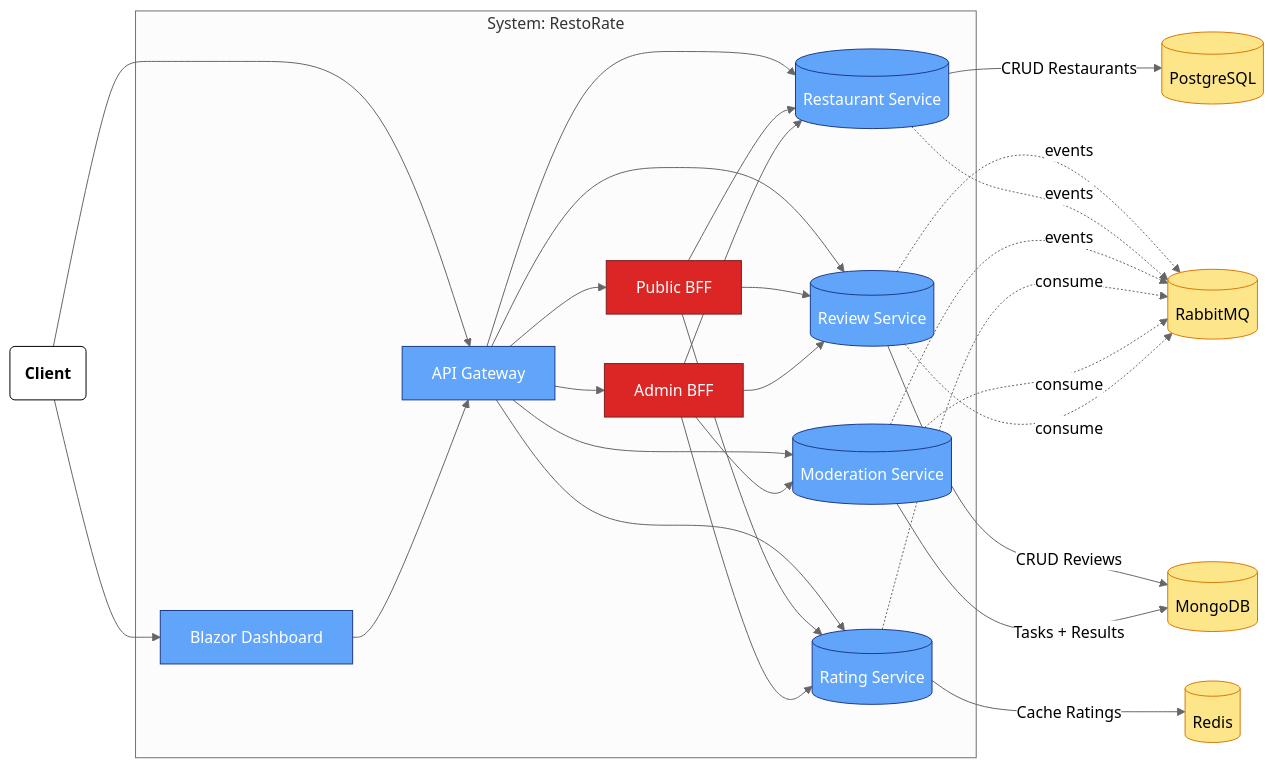
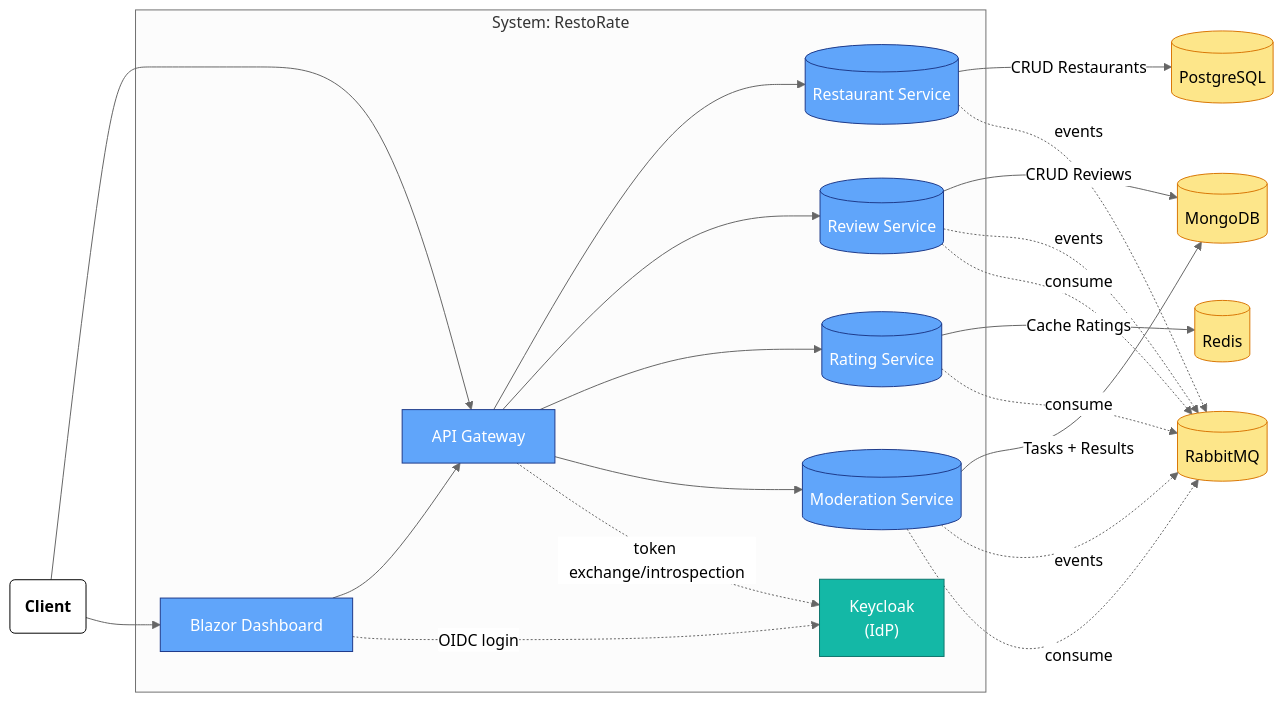
The second of 5 diagrams in docs/diagrams.md (bagermoon/otuscode), drawn with Mermaid (neutral theme) before and after one commit. The commit also changed other lines of this file and 95 other files, not shown here.

````diff
--- a/docs/diagrams.md
+++ b/docs/diagrams.md
@@ -78,45 +78,40 @@
     ```mermaid
     flowchart LR
     actor(Client):::actor --> Gateway[API Gateway]
     actor(Client):::actor --> Dashboard[Blazor Dashboard]
+    
 
     subgraph Boundary_System[System: RestoRate]
-        Gateway --> PublicBFF[Public BFF]
-        Gateway --> AdminBFF[Admin BFF]
+        Keycloak["`Keycloak<br/>(IdP)`"]
         Gateway --> RestaurantSvc[(Restaurant Service)]
         Gateway --> ReviewSvc[(Review Service)]
         Gateway --> RatingSvc[(Rating Service)]
         Gateway --> ModerationSvc[(Moderation Service)]
         
-        PublicBFF --> RestaurantSvc
-        PublicBFF --> ReviewSvc
-        PublicBFF --> RatingSvc
-        
-        AdminBFF --> RestaurantSvc
-        AdminBFF --> ReviewSvc
-        AdminBFF --> RatingSvc
-        AdminBFF --> ModerationSvc
-        
         Dashboard --> Gateway
     end
+
+    %% Identity and token flows
+    Dashboard -.OIDC login.-> Keycloak
+    Gateway -.token exchange/introspection.-> Keycloak
 
     RestaurantSvc -->|CRUD Restaurants| PostgreSQL[(PostgreSQL)]
     ReviewSvc -->|CRUD Reviews| MongoDB[(MongoDB)]
     ModerationSvc -->|Tasks + Results| MongoDB
     RatingSvc -->|Cache Ratings| Redis[(Redis)]
 
     ReviewSvc -.events.-> RabbitMQ[(RabbitMQ)]
     RestaurantSvc -.events.-> RabbitMQ
     ModerationSvc -.events.-> RabbitMQ
     RatingSvc -.consume.-> RabbitMQ
     ModerationSvc -.consume.-> RabbitMQ
     ReviewSvc -.consume.-> RabbitMQ
 
     classDef actor fill:#fff,stroke:#000,font-weight:bold
     classDef db fill:#fde68a,stroke:#d97706
     classDef comp fill:#60a5fa,stroke:#1e3a8a,color:#fff
-    classDef bff fill:#dc2626,stroke:#7f1d1d,color:#fff
+    classDef idp fill:#14b8a6,stroke:#0f766e,color:#fff
     class RestaurantSvc,ReviewSvc,RatingSvc,ModerationSvc,Gateway,Dashboard comp
-    class PublicBFF,AdminBFF bff
+    class Keycloak idp
     class PostgreSQL,MongoDB,Redis,RabbitMQ db
     ```
````
